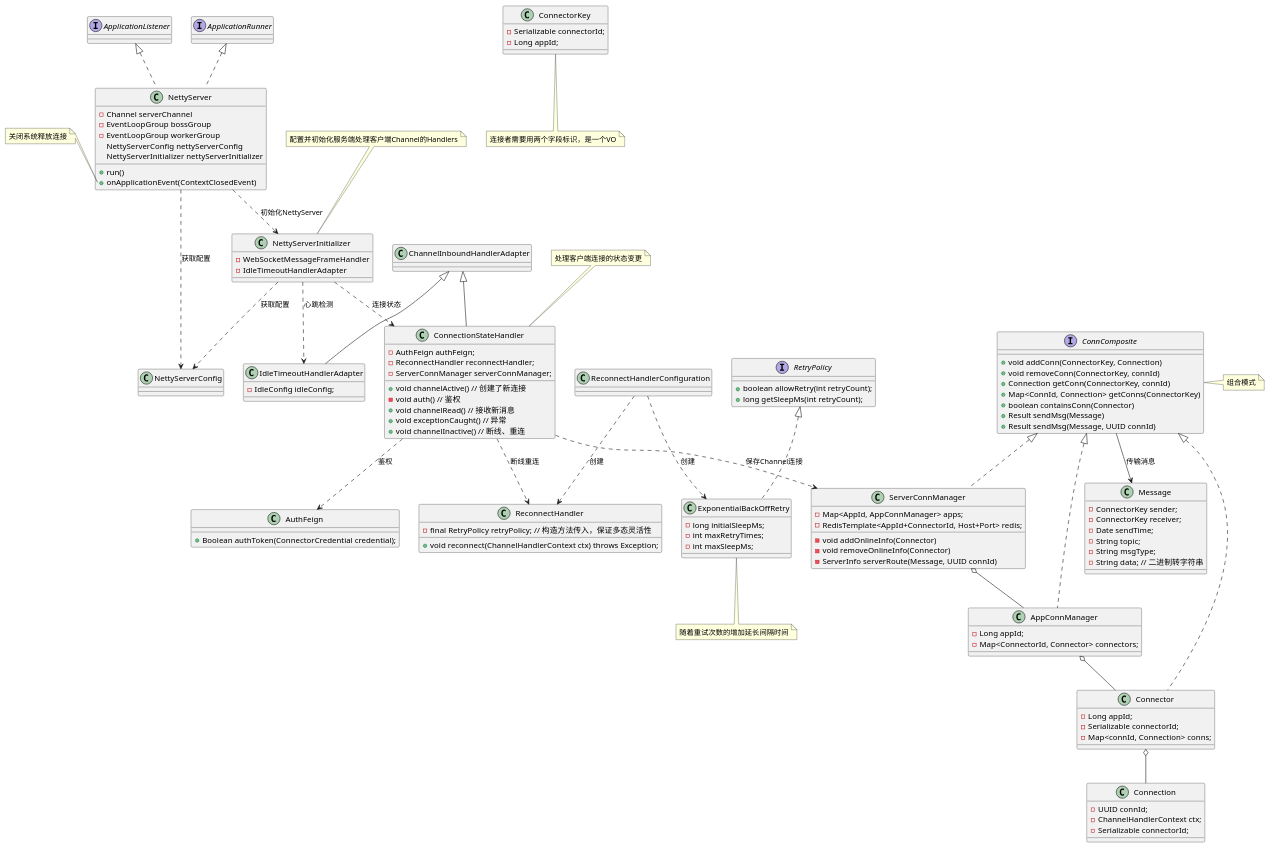
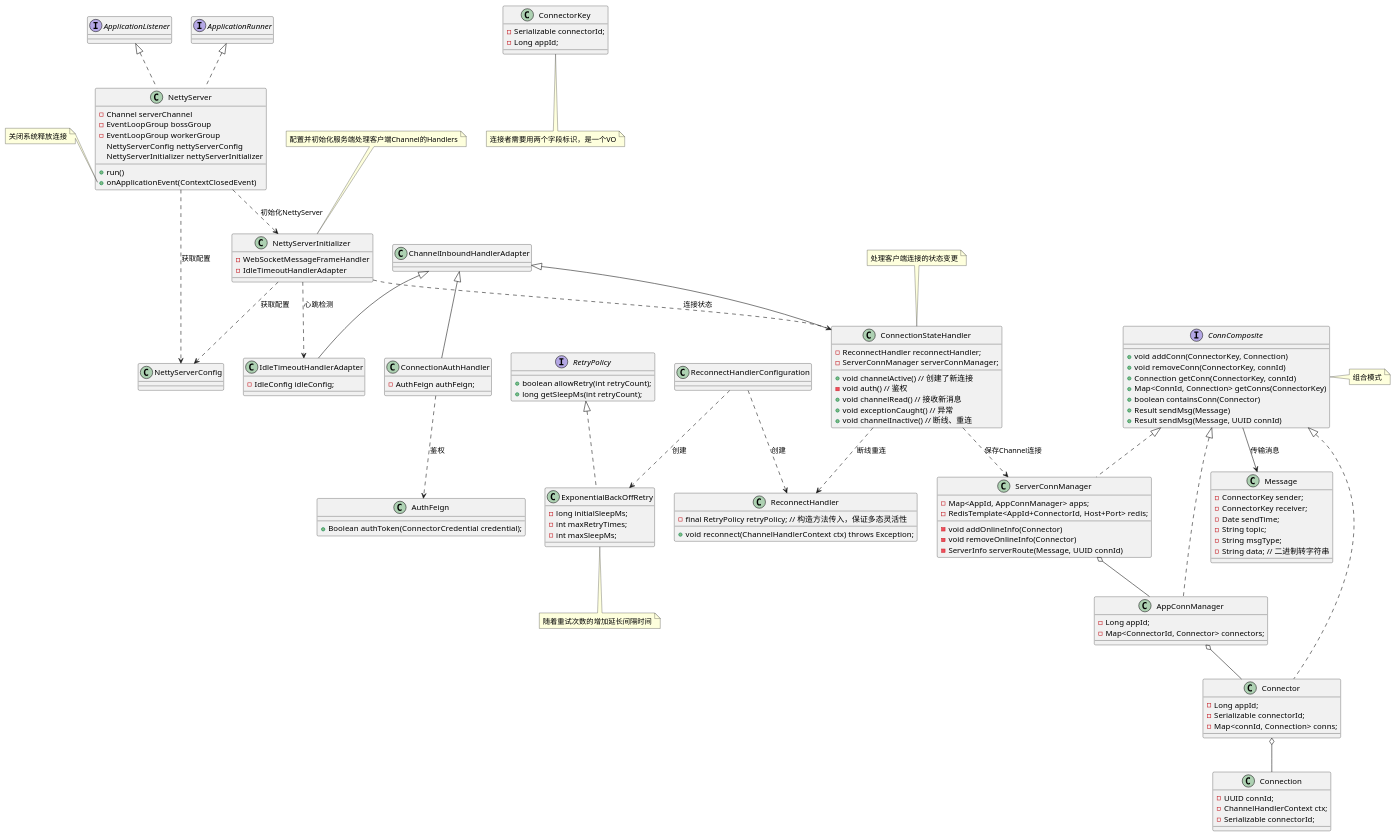
Before and after one commit to Etherealss/MessagePusher: the diagram in uml/connect架构.puml, drawn with PlantUML. The commit also changed 12 other files, not shown here.

```diff
--- a/uml/connect架构.puml
+++ b/uml/connect架构.puml
@@ -1,138 +1,141 @@
 @startuml
 'https://plantuml.com/class-diagram
 
 class ChannelInboundHandlerAdapter
 class NettyServerConfig
 class NettyServer implements ApplicationListener, ApplicationRunner {
     - Channel serverChannel
     - EventLoopGroup bossGroup
     - EventLoopGroup workerGroup
     NettyServerConfig nettyServerConfig
     NettyServerInitializer nettyServerInitializer
     + run()
     + onApplicationEvent(ContextClosedEvent)
 }
 note left of NettyServer::onApplicationEvent
 关闭系统释放连接
 end note
 
 class NettyServerInitializer {
     - WebSocketMessageFrameHandler
     - IdleTimeoutHandlerAdapter
 }
 note top of NettyServerInitializer: 配置并初始化服务端处理客户端Channel的Handlers
 
 class IdleTimeoutHandlerAdapter extends ChannelInboundHandlerAdapter {
     - IdleConfig idleConfig;
 }
 
 NettyServerInitializer ..> IdleTimeoutHandlerAdapter : 心跳检测
 
 class ConnectionStateHandler extends ChannelInboundHandlerAdapter {
-    - AuthFeign authFeign;
     - ReconnectHandler reconnectHandler;
     - ServerConnManager serverConnManager;
     + void channelActive() // 创建了新连接
     - void auth() // 鉴权
     + void channelRead() // 接收新消息
     + void exceptionCaught() // 异常
     + void channelInactive() // 断线、重连
 }
 
+class ConnectionAuthHandler extends ChannelInboundHandlerAdapter {
+    - AuthFeign authFeign;
+}
+
 class AuthFeign {
     + Boolean authToken(ConnectorCredential credential);
 }
-ConnectionStateHandler ..> AuthFeign: 鉴权
+ConnectionAuthHandler ..> AuthFeign: 鉴权
 
 note top of ConnectionStateHandler: 处理客户端连接的状态变更
 
 interface RetryPolicy {
     + boolean allowRetry(int retryCount);
     + long getSleepMs(int retryCount);
 }
 
 class ExponentialBackOffRetry implements RetryPolicy {
     - long initialSleepMs;
     - int maxRetryTimes;
     - int maxSleepMs;
 }
 note bottom of ExponentialBackOffRetry
 随着重试次数的增加延长间隔时间
 end note
 
 class ReconnectHandler {
     - final RetryPolicy retryPolicy; // 构造方法传入，保证多态灵活性
     + void reconnect(ChannelHandlerContext ctx) throws Exception;
 }
 
 class ReconnectHandlerConfiguration {
 
 }
 ReconnectHandlerConfiguration ..> ExponentialBackOffRetry: 创建
 ReconnectHandlerConfiguration ..> ReconnectHandler: 创建
 
 ConnectionStateHandler ..> ReconnectHandler: 断线重连
 
 NettyServer ..> NettyServerInitializer : 初始化NettyServer
 NettyServer ..> NettyServerConfig: 获取配置
 NettyServerInitializer ..> NettyServerConfig: 获取配置
 NettyServerInitializer ..> ConnectionStateHandler: 连接状态
 
 class Message {
     - ConnectorKey sender;
     - ConnectorKey receiver;
     - Date sendTime;
     - String topic;
     - String msgType;
     - String data; // 二进制转字符串
 }
 class ConnectorKey {
     - Serializable connectorId;
     - Long appId;
 }
 note bottom of ConnectorKey: 连接者需要用两个字段标识，是一个VO
 
 interface ConnComposite {
     + void addConn(ConnectorKey, Connection)
     + void removeConn(ConnectorKey, connId)
     + Connection getConn(ConnectorKey, connId)
     + Map<ConnId, Connection> getConns(ConnectorKey)
     + boolean containsConn(Connector)
     + Result sendMsg(Message)
     + Result sendMsg(Message, UUID connId)
 }
 note right of ConnComposite : 组合模式
 
 ConnComposite --> Message : 传输消息
 
 class ServerConnManager implements ConnComposite {
     - Map<AppId, AppConnManager> apps;
     - RedisTemplate<AppId+ConnectorId, Host+Port> redis;
     - void addOnlineInfo(Connector)
     - void removeOnlineInfo(Connector)
     - ServerInfo serverRoute(Message, UUID connId)
 }
 
 class AppConnManager implements ConnComposite {
     - Long appId;
     - Map<ConnectorId, Connector> connectors;
 }
 
 class Connector implements ConnComposite {
     - Long appId;
     - Serializable connectorId;
     - Map<connId, Connection> conns;
 }
 
 class Connection {
     - UUID connId;
     - ChannelHandlerContext ctx;
     - Serializable connectorId;
 }
 
 ConnectionStateHandler ..> ServerConnManager: 保存Channel连接
 ServerConnManager o-- AppConnManager
 AppConnManager o-- Connector
 Connector o-- Connection
 
 @enduml
```
